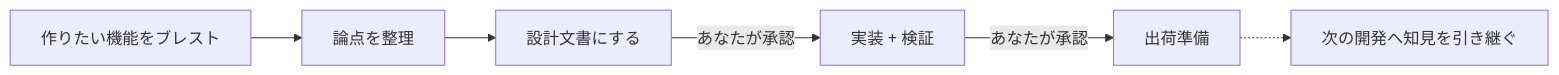
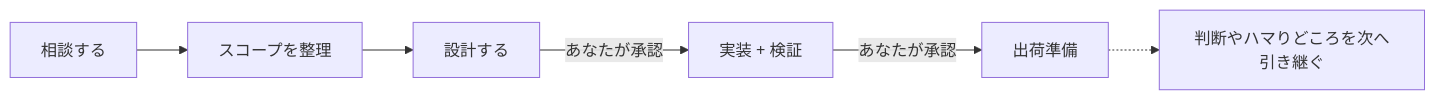
Before and after one commit to ELUNOX/mochiflow: the diagram in README.ja.md, drawn with Mermaid. The commit also changed other lines of this file and 10 other files, not shown here.

````diff
--- a/README.ja.md
+++ b/README.ja.md
@@ -172,8 +115,8 @@
 ```mermaid
 flowchart LR
-    A["作りたい機能をブレスト"] --> B["論点を整理"]
-    B --> C["設計文書にする"]
+    A["相談する"] --> B["スコープを整理"]
+    B --> C["設計する"]
     C -->|"あなたが承認"| D["実装 + 検証"]
     D -->|"あなたが承認"| E["出荷準備"]
-    E -.-> F["次の開発へ知見を引き継ぐ"]
+    E -.-> F["判断やハマりどころを次へ引き継ぐ"]
 ```
````
